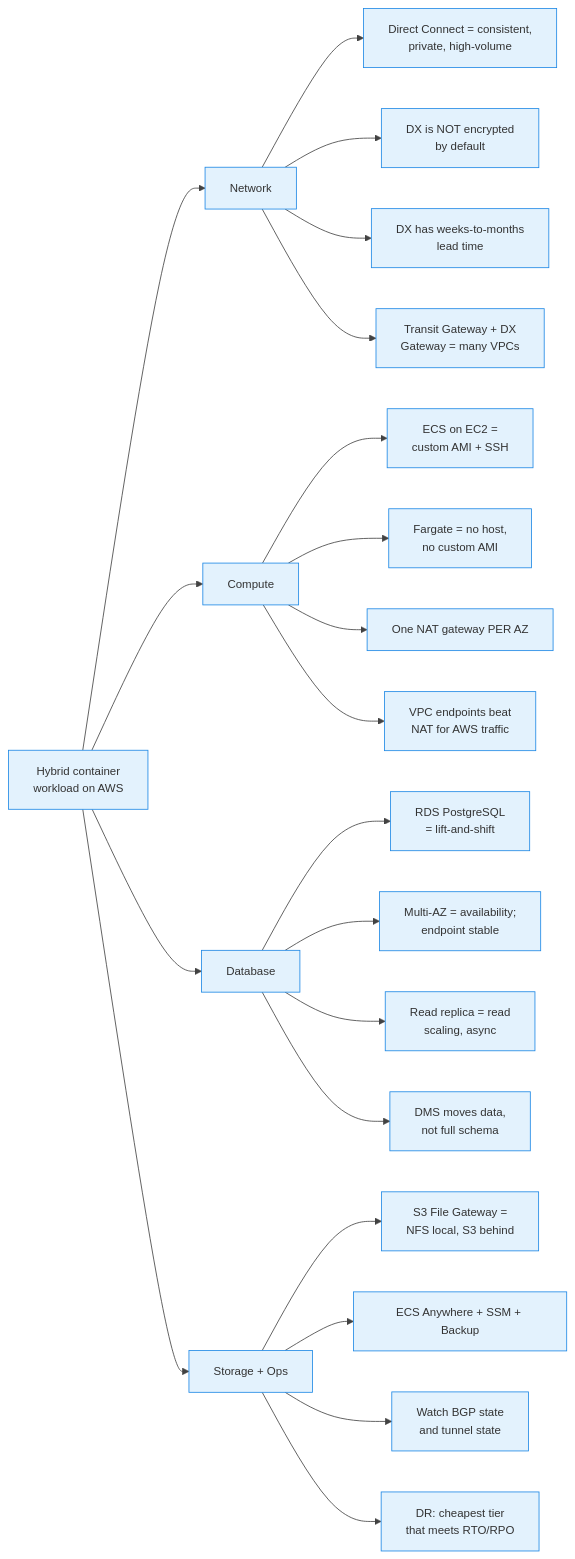
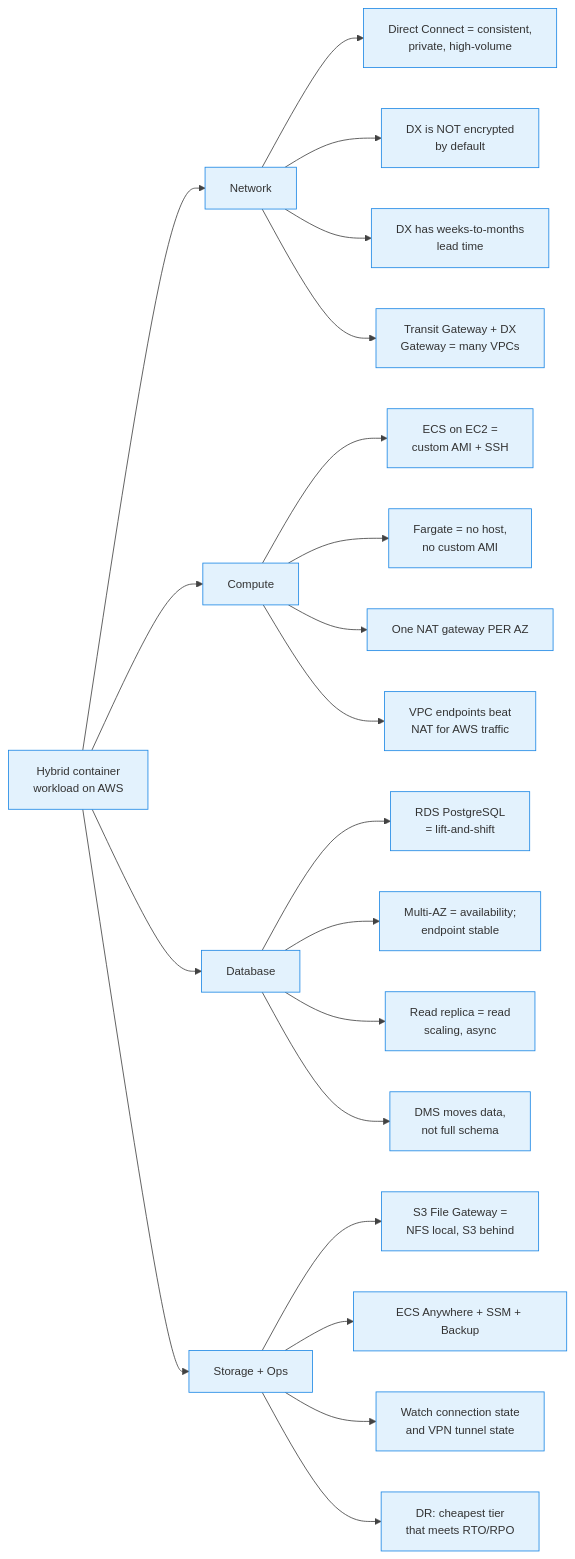
Diagram 26 of 26 in aws_architecting_solutions/12-hybrid-container-workloads.qmd (senthilkumarm1901/learn_by_blogging), drawn with Mermaid before and after one commit. The commit also changed other lines of this file and 5 other files, not shown here.

Commit message:
updates to mermaid diagrams

````diff
--- a/aws_architecting_solutions/12-hybrid-container-workloads.qmd
+++ b/aws_architecting_solutions/12-hybrid-container-workloads.qmd
@@ -693,29 +698,29 @@
 ```{mermaid}
 %%{init: {'theme': 'base', 'themeVariables': {'primaryColor': '#E3F2FD', 'primaryBorderColor': '#1E88E5', 'lineColor': '#424242', 'fontSize': '14px'}}}%%
 flowchart LR
     ROOT["Hybrid container<br>workload on AWS"]
 
     ROOT --> N["Network"]
     N --> N1["Direct Connect = consistent,<br>private, high-volume"]
     N --> N2["DX is NOT encrypted<br>by default"]
     N --> N3["DX has weeks-to-months<br>lead time"]
     N --> N4["Transit Gateway + DX<br>Gateway = many VPCs"]
 
     ROOT --> C["Compute"]
     C --> C1["ECS on EC2 =<br>custom AMI + SSH"]
     C --> C2["Fargate = no host,<br>no custom AMI"]
     C --> C3["One NAT gateway PER AZ"]
     C --> C4["VPC endpoints beat<br>NAT for AWS traffic"]
 
     ROOT --> D["Database"]
     D --> D1["RDS PostgreSQL<br>= lift-and-shift"]
     D --> D2["Multi-AZ = availability;<br>endpoint stable"]
     D --> D3["Read replica = read<br>scaling, async"]
     D --> D4["DMS moves data,<br>not full schema"]
 
     ROOT --> S["Storage + Ops"]
     S --> S1["S3 File Gateway =<br>NFS local, S3 behind"]
     S --> S2["ECS Anywhere + SSM + Backup"]
-    S --> S3["Watch BGP state<br>and tunnel state"]
+    S --> S3["Watch connection state<br>and VPN tunnel state"]
     S --> S4["DR: cheapest tier<br>that meets RTO/RPO"]
 ```
````
